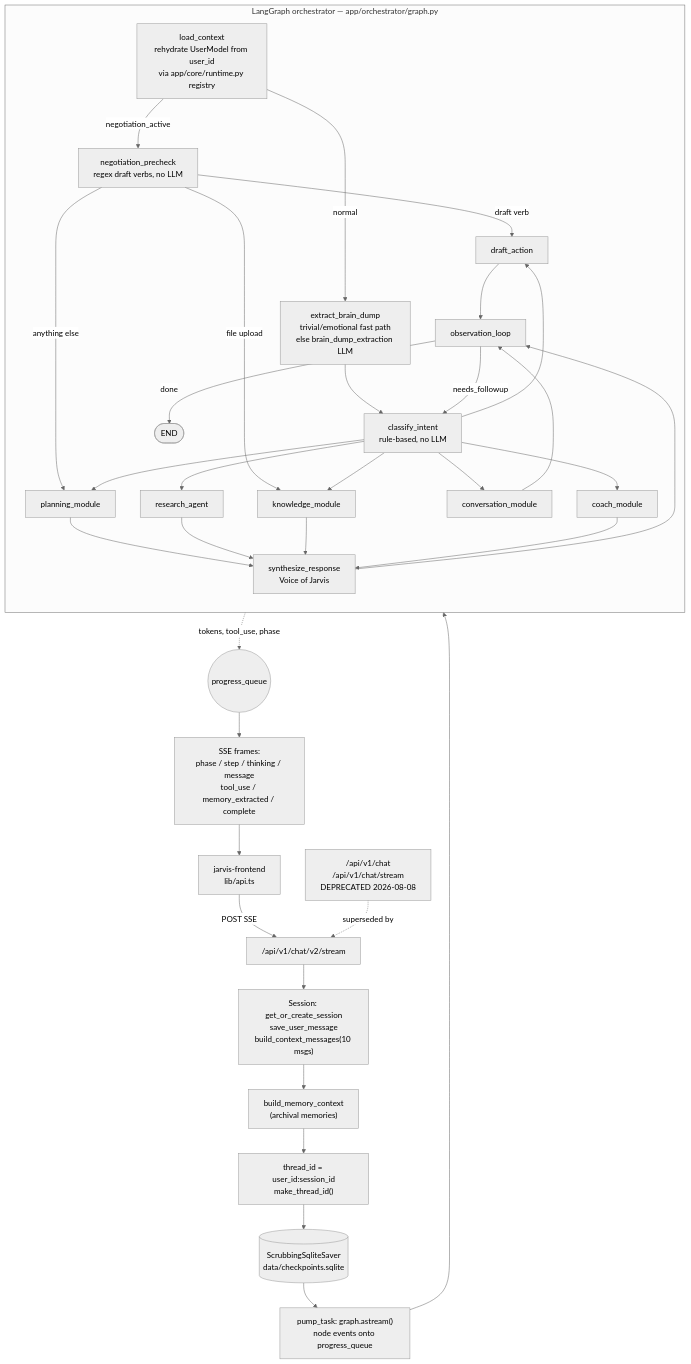
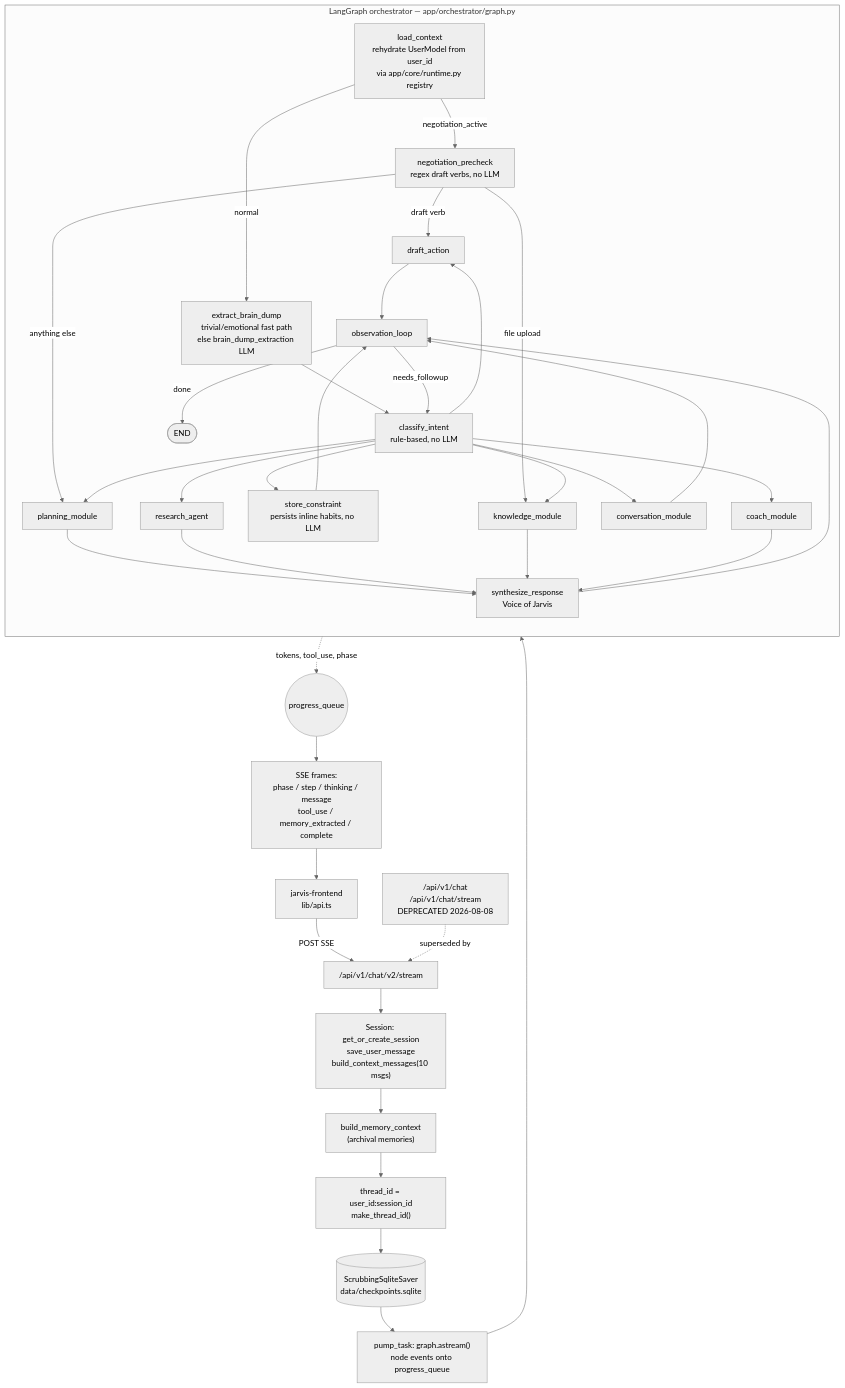
Before and after one commit to HackHeroic/Jarvis-Engine: the first of 3 diagrams in docs/PROJECT_STATUS.md, drawn with Mermaid (neutral theme). The commit also changed 9 other files, not shown here.

First line of the commit message:
fix: BEHAVIORAL_CONSTRAINT actually stores habits — new store_constraint node, constraints API, no more dead-LM-Studio stalls

````diff
--- a/docs/PROJECT_STATUS.md
+++ b/docs/PROJECT_STATUS.md
@@ -44,46 +44,48 @@
 ```mermaid
 flowchart TD
     FE["jarvis-frontend<br/>lib/api.ts"] -->|POST SSE| V2["/api/v1/chat/v2/stream"]
     V1["/api/v1/chat<br/>/api/v1/chat/stream<br/>DEPRECATED 2026-08-08"] -.->|superseded by| V2
 
     V2 --> SESS["Session: get_or_create_session<br/>save_user_message<br/>build_context_messages(10 msgs)"]
     SESS --> MEM["build_memory_context<br/>(archival memories)"]
     MEM --> TID["thread_id = user_id:session_id<br/>make_thread_id()"]
     TID --> CKPT[("ScrubbingSqliteSaver<br/>data/checkpoints.sqlite")]
 
     CKPT --> PUMP["pump_task: graph.astream()<br/>node events onto progress_queue"]
     PUMP --> GRAPH
 
     subgraph GRAPH["LangGraph orchestrator — app/orchestrator/graph.py"]
         direction TB
         LC["load_context<br/>rehydrate UserModel from user_id<br/>via app/core/runtime.py registry"]
         LC -->|negotiation_active| NPC["negotiation_precheck<br/>regex draft verbs, no LLM"]
         LC -->|normal| EBD["extract_brain_dump<br/>trivial/emotional fast path<br/>else brain_dump_extraction LLM"]
         EBD --> CI["classify_intent<br/>rule-based, no LLM"]
 
         NPC -->|draft verb| DA["draft_action"]
         NPC -->|file upload| KM["knowledge_module"]
         NPC -->|anything else| PM["planning_module"]
 
         CI --> PM
+        CI --> SC["store_constraint<br/>persists inline habits, no LLM"]
         CI --> RA["research_agent"]
         CI --> KM
         CI --> CM["conversation_module"]
         CI --> CO["coach_module"]
         CI --> DA
 
         PM --> SYN["synthesize_response<br/>Voice of Jarvis"]
         RA --> SYN
         KM --> SYN
         CO --> SYN
         SYN --> OL["observation_loop"]
         CM --> OL
         DA --> OL
+        SC --> OL
         OL -->|needs_followup| CI
         OL -->|done| ENDN(["END"])
     end
 
     GRAPH -.->|tokens, tool_use, phase| Q(("progress_queue"))
     Q --> SSE["SSE frames:<br/>phase / step / thinking / message<br/>tool_use / memory_extracted / complete"]
     SSE --> FE
 ```
````
